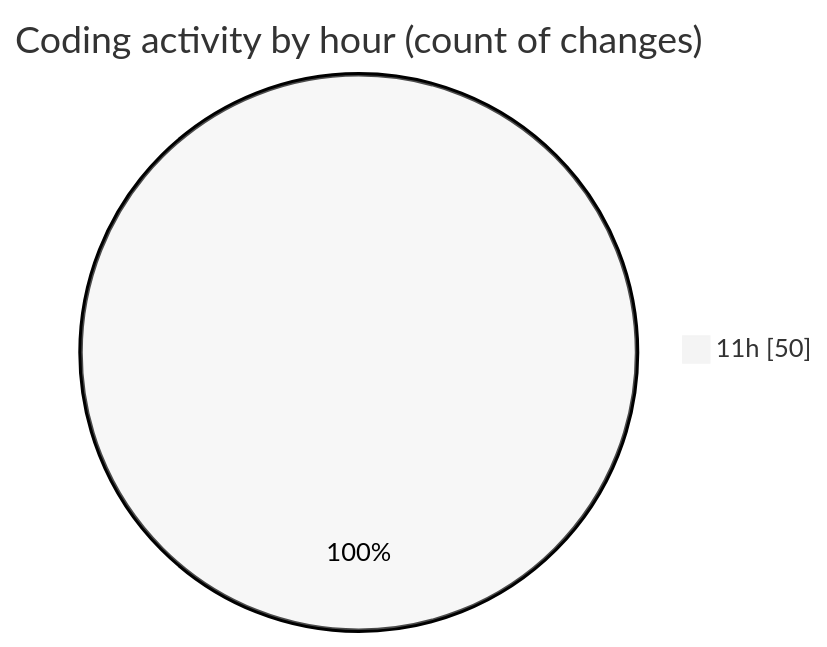
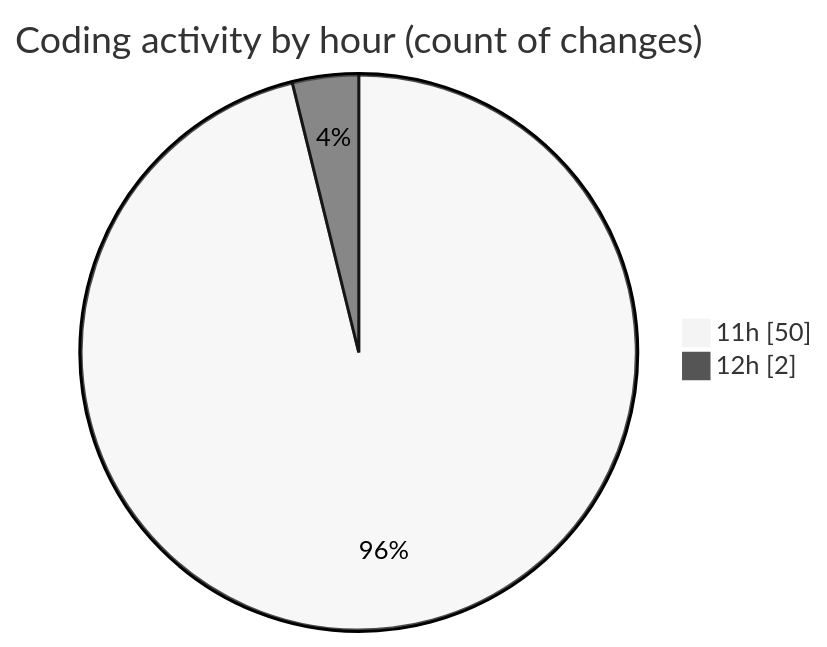
Before and after one commit to tmsrecording-cyber/code-tracking: the second of 2 diagrams in 2026-02-06/singularitybrainai/README.md, drawn with Mermaid (neutral theme). The commit also changed other lines of this file and 1 other file, not shown here.

````diff
--- a/2026-02-06/singularitybrainai/README.md
+++ b/2026-02-06/singularitybrainai/README.md
@@ -30,5 +32,6 @@
 ```mermaid
 pie showData
 title Coding activity by hour (count of changes)
 "11h" : 50
+"12h" : 2
 ```
````
